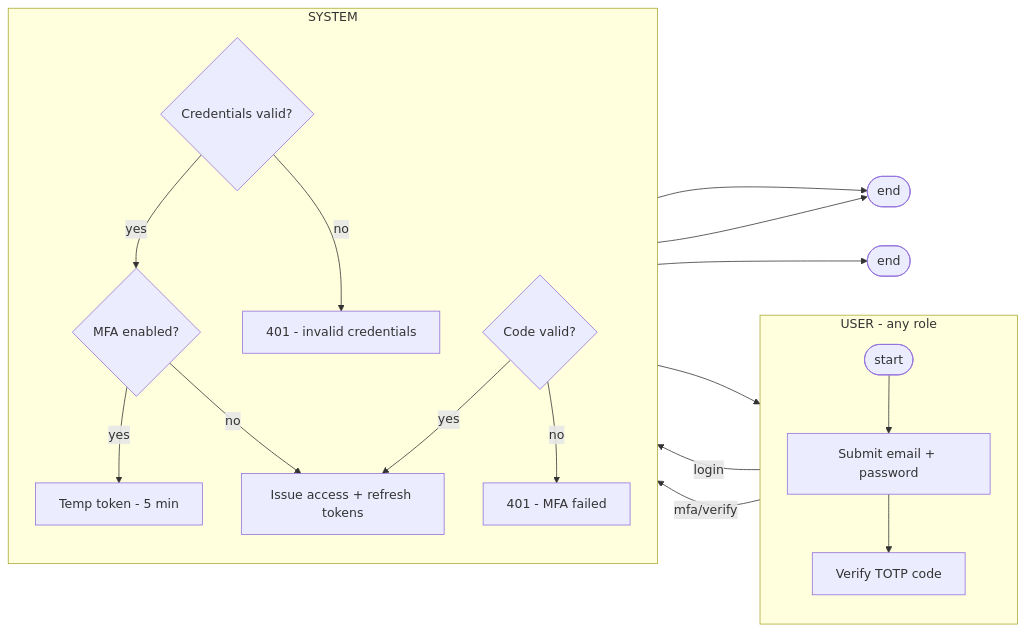
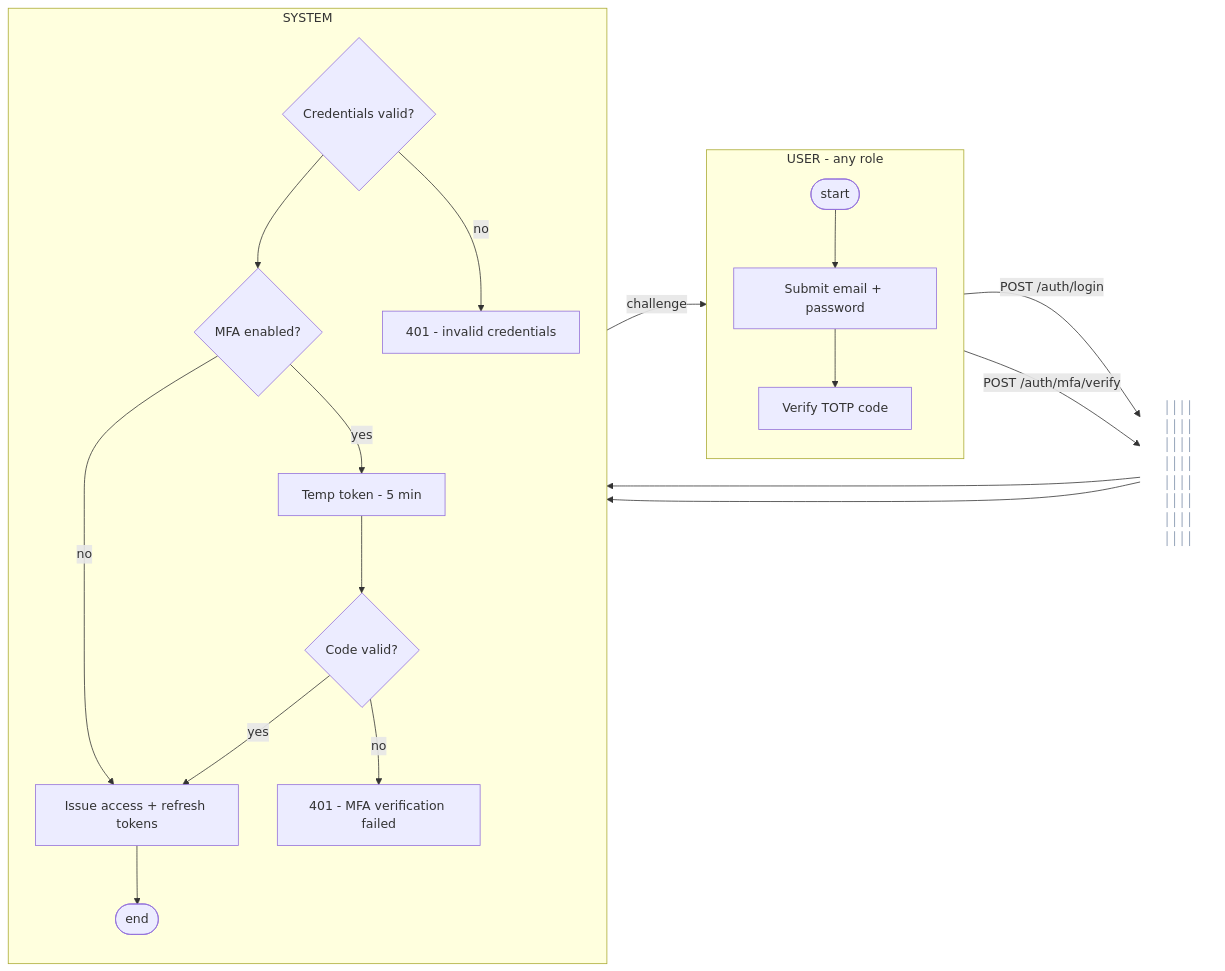
One commit to urlsalimbot/THESIS1-KAPWA changed the fifth of 12 diagrams in docs/diagrams/04-1-activity-diagram.md. Above: the diagram before and after it, drawn with Mermaid. The commit also changed other lines of this file, not shown here.

Commit message:
docs: add vertical divider line between user and system lanes in activity diagrams

````diff
--- a/docs/diagrams/04-1-activity-diagram.md
+++ b/docs/diagrams/04-1-activity-diagram.md
@@ -176,30 +175,25 @@
 ```mermaid
 flowchart LR
     subgraph U["USER - any role"]
         direction TB
         A([start]) --> B[Submit email + password]
         B --> C[Verify TOTP code]
     end
     subgraph S["SYSTEM"]
         direction TB
         D{Credentials valid?}
-        E{MFA enabled?}
-        F[Temp token - 5 min]
-        G{Code valid?}
-        H[Issue access + refresh tokens]
-        I[401 - invalid credentials]
-        J[401 - MFA failed]
+        D --> E{MFA enabled?}
+        E -- yes --> F[Temp token - 5 min]
+        F --> G{Code valid?}
+        G -- yes --> H[Issue access + refresh tokens]
+        E -- no --> H
+        H --> K([end])
+        D -- no --> I[401 - invalid credentials]
+        G -- no --> J[401 - MFA verification failed]
     end
-    B -->|"login"| D
-    D -- no --> I
-    I --> Z([end])
-    D -- yes --> E
-    E -- no --> H
-    E -- yes --> F
-    F --> C
-    C -->|"mfa/verify"| G
-    G -- no --> J
-    J --> Z
-    G -- yes --> H
-    H --> K([end])
+    DIV["││││<br/>││││<br/>││││<br/>││││<br/>││││<br/>││││<br/>││││<br/>││││"]
+    B -->|"POST /auth/login"| DIV --> D
+    C -->|"POST /auth/mfa/verify"| DIV --> G
+    F -->|"challenge"| C
+    style DIV fill:none,stroke:none,color:#94a3b8,font-size:16px,font-weight:bold
 ```
````
